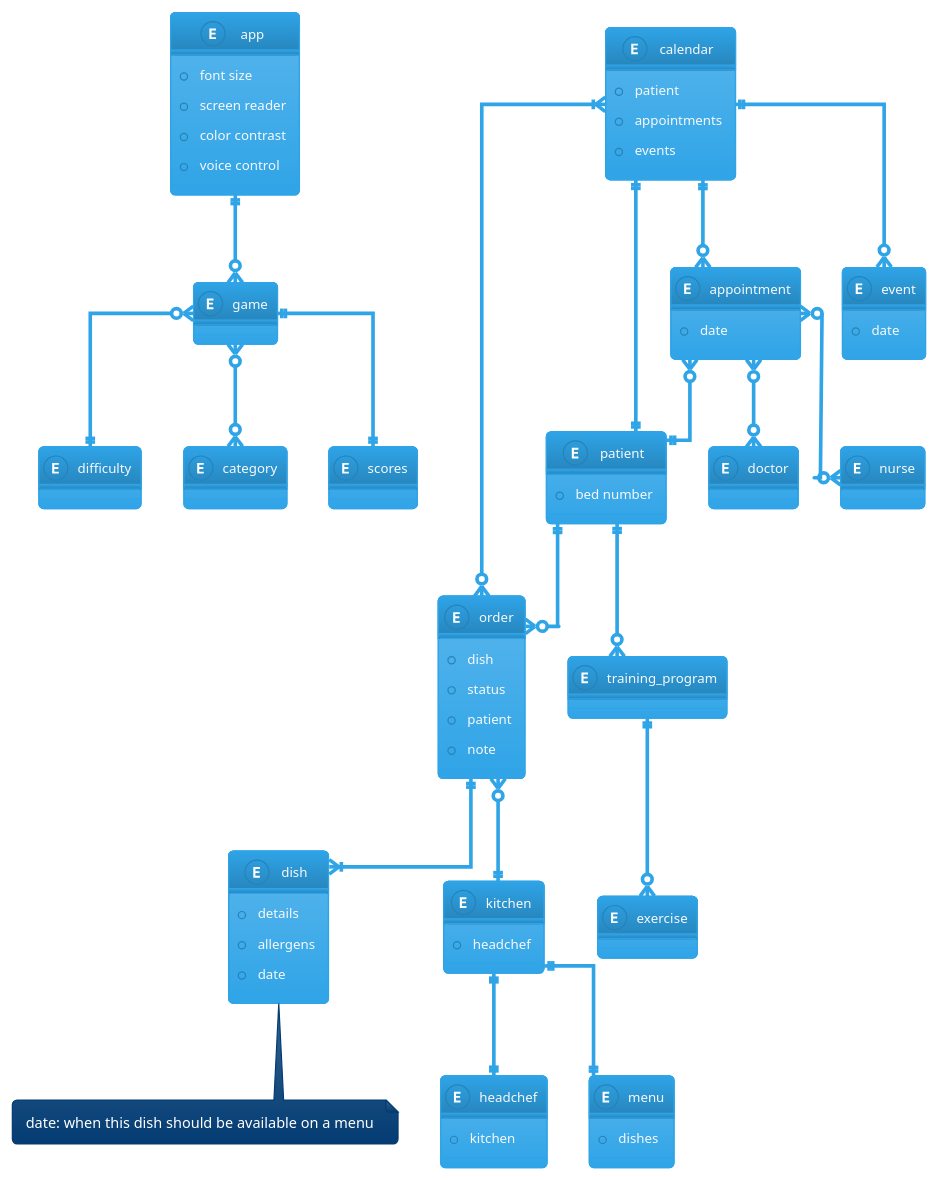
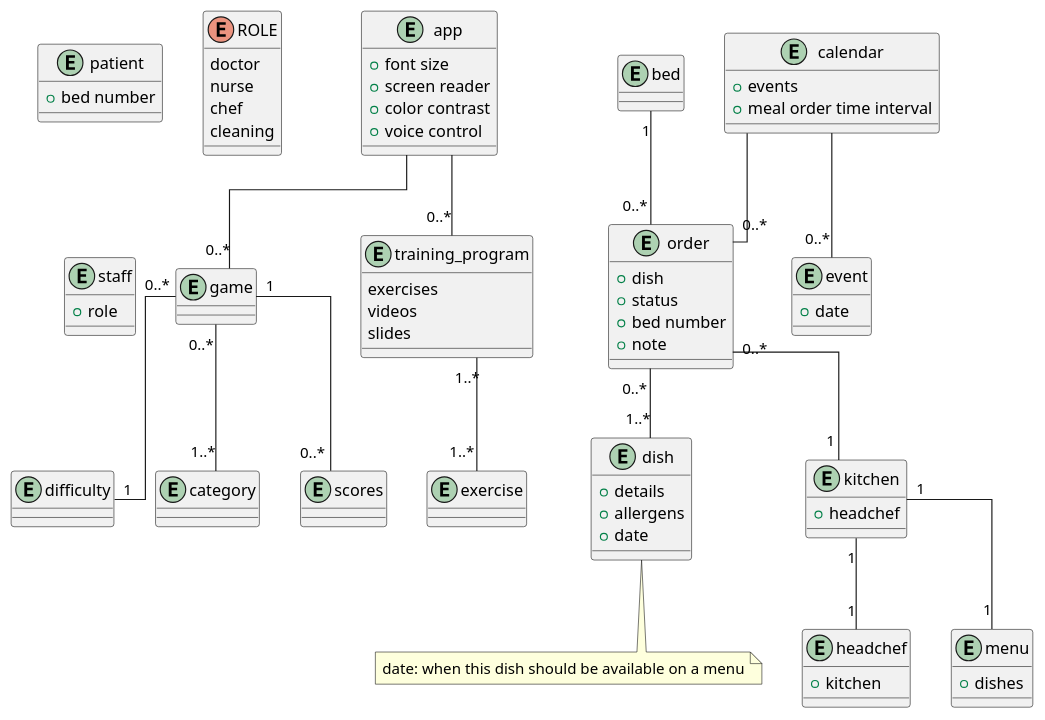
The diagram in puml/domain-model.puml (Oskar123456/SYSDAT-F25-TEAM-G), drawn with PlantUML before and after one commit. The commit also changed 6 other files, not shown here.

Commit message:
update diagrams based on PO feedback (Patrick), logbook entry

```diff
--- a/puml/domain-model.puml
+++ b/puml/domain-model.puml
@@ -15,117 +15,118 @@
 @startuml
-!theme cerulean
+/'!theme cerulean'/
 skinparam linetype ortho
 
 entity app {
     +font size
     +screen reader
     +color contrast
     +voice control
 }
 
 entity patient {
     +bed number
 }
 
+entity bed {
+    
+}
+
 entity order {
     +dish
     +status
-    +patient
+    +bed number
     +note
 }
 
 entity dish {
     +details
     +allergens
     +date
 }
 note bottom: date: when this dish should be available on a menu
 
 entity kitchen {
     +headchef
 }
 
 entity game {
 }
 
 entity difficulty {
 }
 
 entity category {
 }
 
 entity scores {
 }
 
 entity headchef {
     +kitchen
 }
 
 entity menu {
     +dishes
 }
 
 entity calendar {
-    +patient
-    +appointments
     +events
-}
-
-entity appointment {
-    +date
+    +meal order time interval
 }
 
 entity event {
     +date
 }
 
-entity doctor {
+enum ROLE {
+    doctor
+    nurse
+    chef
+    cleaning
 }
 
-entity nurse {
+entity staff {
+    +role
 }
 
 entity training_program {
+    exercises
+    videos
+    slides
 }
 
 entity exercise {
 }
 
 /' 
 
     RELATIONS
     
 '/
 
-patient ||--o{ order
-order ||--|{ dish
-order }o--|| kitchen
+bed "1" -- "0..*" order
+order "0..*" -- "1..*" dish
+order "0..*" -- "1" kitchen
 
-game }o--|| difficulty
-game }o--o{ category
-game ||--|| scores
+game "0..*" -- "1" difficulty
+game "0..*" -- "1..*" category
+game "1" -- "0..*" scores
 
-kitchen ||--|| menu
-kitchen ||--|| headchef
+kitchen "1" -- "1" menu
+kitchen "1" -- "1" headchef
 
-calendar ||--o{ appointment
-calendar ||--o{ event
-calendar ||--|| patient
-calendar }|--o{ order
+calendar -- "0..*" event
+calendar -- "0..*" order
 
-appointment }o--|| patient
-appointment }o--o{ doctor
-appointment }o--o{ nurse
+training_program "1..*" -- "1..*" exercise
 
-patient ||--o{ training_program
-training_program ||--o{ exercise
-
-app ||--o{ game
+app -- "0..*" game
+app -- "0..*" training_program
 
 /' 
 
     NOTES 
     
 '/
 
 @enduml
```
